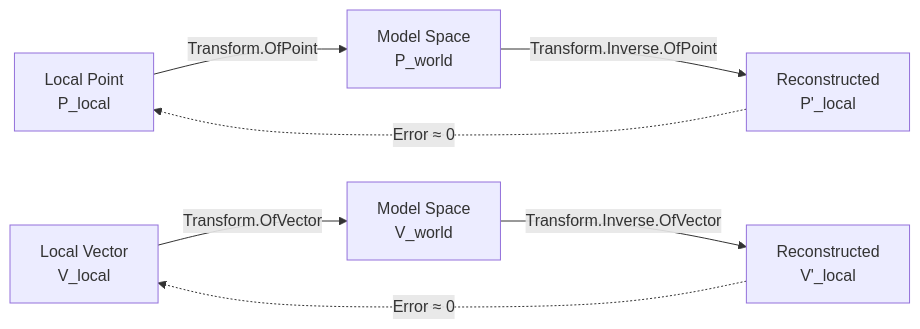
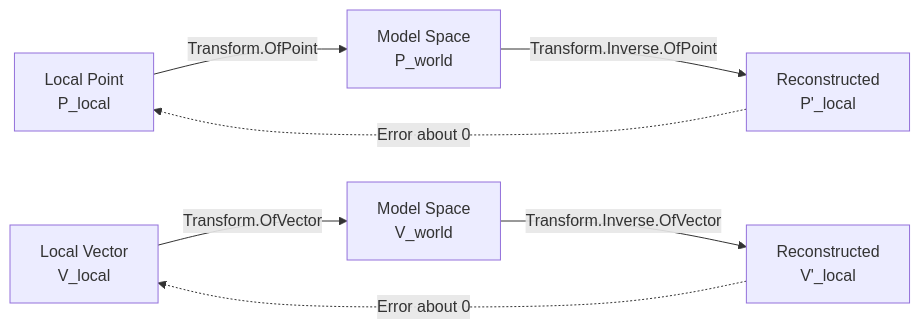
Before and after one commit to Mustafa-TOMMY/CommandSamplesRevitApiVer2025: diagram 14 of 31 in RevitApiSamples/Samples/TransformModule/TransformModule.md, drawn with Mermaid. The commit also changed other lines of this file, not shown here.

Commit message:
Update the mermaid sections

````diff
--- a/RevitApiSamples/Samples/TransformModule/TransformModule.md
+++ b/RevitApiSamples/Samples/TransformModule/TransformModule.md
@@ -429,10 +453,10 @@
 ```mermaid
 flowchart LR
-    P_LOC["Local Point\nP_local"] -->|Transform.OfPoint| P_WLD["Model Space\nP_world"]
-    P_WLD -->|Transform.Inverse.OfPoint| P_RECON["Reconstructed\nP'_local"]
-    P_RECON -.->|Error ≈ 0| P_LOC
+    P_LOC["Local Point<br/>P_local"] -->|Transform.OfPoint| P_WLD["Model Space<br/>P_world"]
+    P_WLD -->|Transform.Inverse.OfPoint| P_RECON["Reconstructed<br/>P'_local"]
+    P_RECON -.->|Error about 0| P_LOC
 
-    V_LOC["Local Vector\nV_local"] -->|Transform.OfVector| V_WLD["Model Space\nV_world"]
-    V_WLD -->|Transform.Inverse.OfVector| V_RECON["Reconstructed\nV'_local"]
-    V_RECON -.->|Error ≈ 0| V_LOC
+    V_LOC["Local Vector<br/>V_local"] -->|Transform.OfVector| V_WLD["Model Space<br/>V_world"]
+    V_WLD -->|Transform.Inverse.OfVector| V_RECON["Reconstructed<br/>V'_local"]
+    V_RECON -.->|Error about 0| V_LOC
 ```
````
